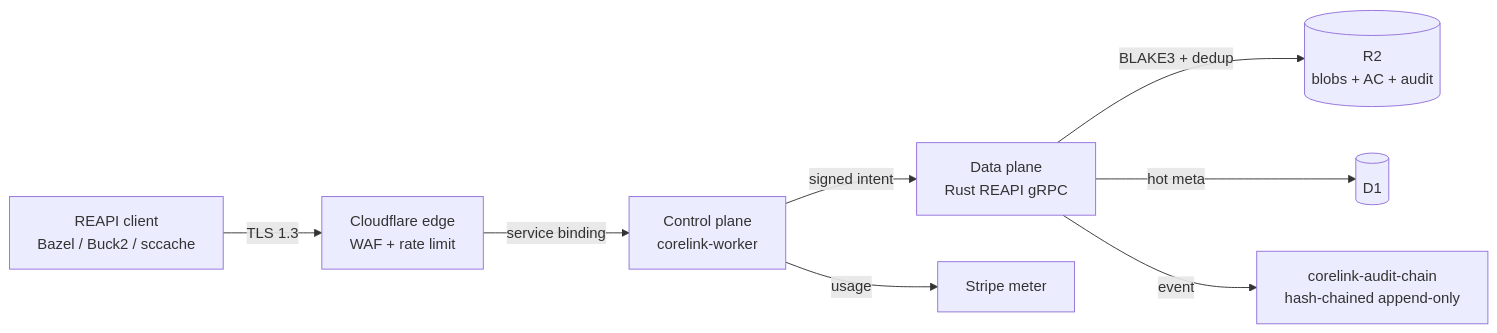
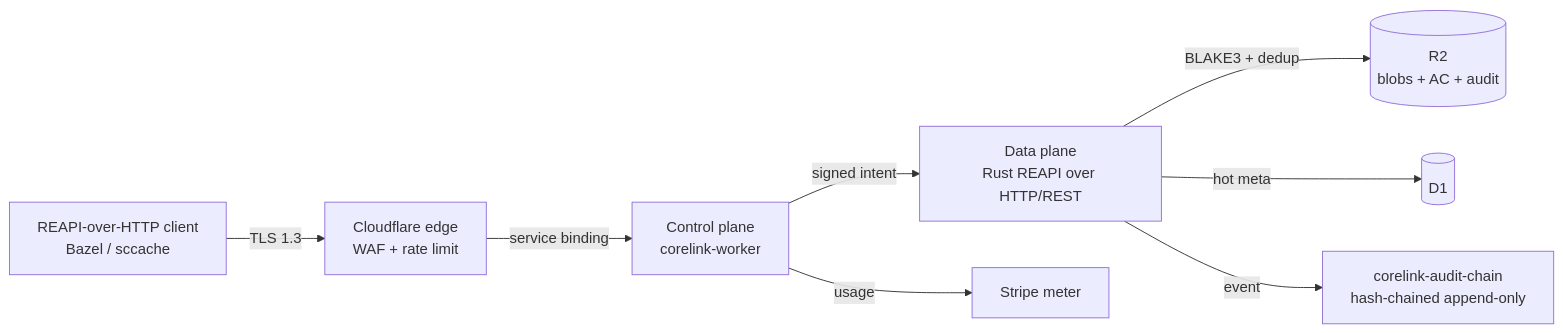
The diagram in README.md (HuGR-Labs/corelink-server), drawn with Mermaid before and after one commit. The commit also changed 82 other files, not shown here.

````diff
--- a/README.md
+++ b/README.md
@@ -298,10 +298,10 @@
 ```mermaid
 flowchart LR
-    client[REAPI client<br/>Bazel / Buck2 / sccache] -->|TLS 1.3| edge[Cloudflare edge<br/>WAF + rate limit]
+    client[REAPI-over-HTTP client<br/>Bazel / sccache] -->|TLS 1.3| edge[Cloudflare edge<br/>WAF + rate limit]
     edge -->|service binding| cp[Control plane<br/>corelink-worker]
-    cp -->|signed intent| dp[Data plane<br/>Rust REAPI gRPC]
+    cp -->|signed intent| dp[Data plane<br/>Rust REAPI over HTTP/REST]
     dp -->|BLAKE3 + dedup| r2[(R2<br/>blobs + AC + audit)]
     dp -->|hot meta| d1[(D1)]
     dp -->|event| ac[corelink-audit-chain<br/>hash-chained append-only]
     cp -->|usage| billing[Stripe meter]
 ```
````
